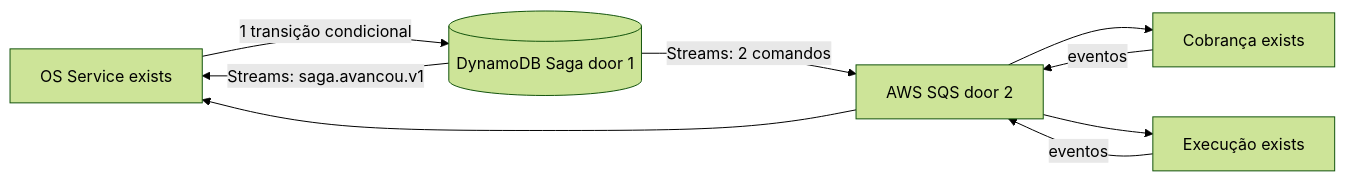
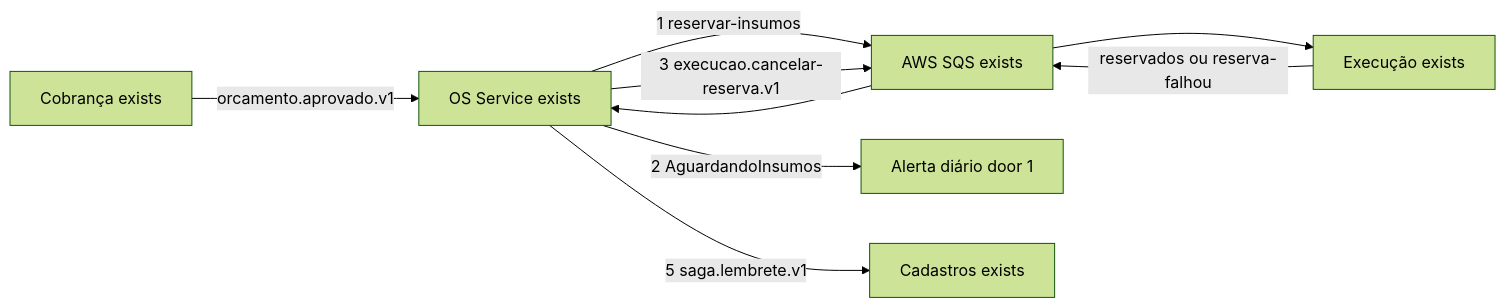
One commit to Grupo78-PosTech-15SOAT/AutoReparos changed the first of 3 diagrams in .specs/features/fase4/saga-compensacoes/plan.md. Above: the diagram before and after it, drawn with Mermaid (forest theme). The commit also changed other lines of this file and 3 other files, not shown here.

````diff
--- a/.specs/features/fase4/saga-compensacoes/plan.md
+++ b/.specs/features/fase4/saga-compensacoes/plan.md
@@ -19,11 +19,11 @@
 ```mermaid
 flowchart LR
-    OS[OS Service exists] -->|1 transição condicional| DDB[(DynamoDB Saga door 1)]
-    DDB -->|Streams: 2 comandos| Q[AWS SQS door 2]
-    Q --> B[Cobrança exists]
+    B[Cobrança exists] -->|orcamento.aprovado.v1| OS[OS Service exists]
+    OS -->|1 reservar-insumos| Q[AWS SQS exists]
     Q --> E[Execução exists]
-    B -->|eventos| Q
-    E -->|eventos| Q
+    E -->|reservados ou reserva-falhou| Q
     Q --> OS
-    DDB -->|Streams: saga.avancou.v1| OS
+    OS -->|2 AguardandoInsumos| ALR[Alerta diário door 1]
+    OS -->|3 execucao.cancelar-reserva.v1| Q
+    OS -->|5 saga.lembrete.v1| CAD[Cadastros exists]
 ```
````
